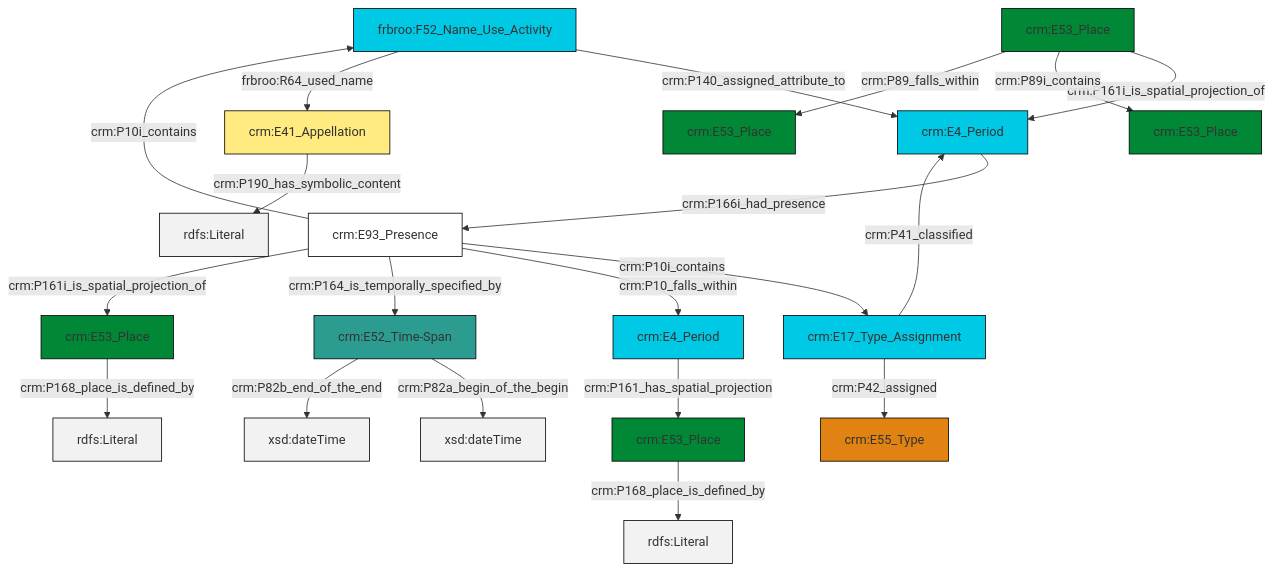
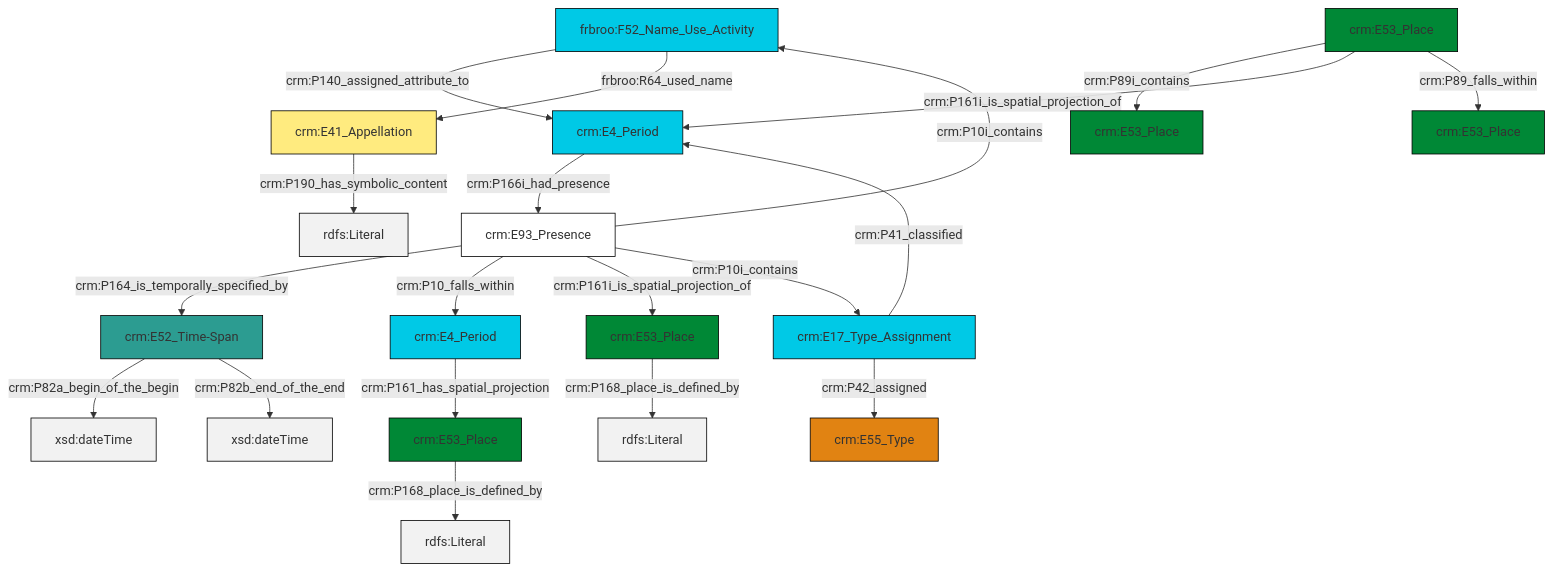
The diagram in et/placeCSV/ttl/mmd/place_parthood.ttl.mmd (swiss-art-research-net/reference-data-models), drawn with Mermaid before and after one commit. The commit also changed 127 other files, not shown here.

```diff
--- a/et/placeCSV/ttl/mmd/place_parthood.ttl.mmd
+++ b/et/placeCSV/ttl/mmd/place_parthood.ttl.mmd
@@ -1,34 +1,34 @@
 graph TD
 classDef Literal fill:#f2f2f2,stroke:#000000;
 classDef CRM_Entity fill:#FFFFFF,stroke:#000000;
 classDef Temporal_Entity fill:#00C9E6, stroke:#000000;
 classDef Type fill:#E18312, stroke:#000000;
 classDef Time-Span fill:#2C9C91, stroke:#000000;
 classDef Appellation fill:#FFEB7F, stroke:#000000;
 classDef Place fill:#008836, stroke:#000000;
 classDef Persistent_Item fill:#B266B2, stroke:#000000;
 classDef Conceptual_Object fill:#FFD700, stroke:#000000;
 classDef Physical_Thing fill:#D2B48C, stroke:#000000;
 classDef Actor fill:#f58aad, stroke:#000000;
 classDef PC_Classes fill:#4ce600, stroke:#000000;
 classDef Multi fill:#cccccc,stroke:#000000;
 
-2["crm:E4_Period"]:::Temporal_Entity -->|crm:P166i_had_presence| 3["crm:E93_Presence"]:::CRM_Entity
-4["crm:E41_Appellation"]:::Appellation -->|crm:P190_has_symbolic_content| 5[rdfs:Literal]:::Literal
-3["crm:E93_Presence"]:::CRM_Entity -->|crm:P10i_contains| 10["crm:E17_Type_Assignment"]:::Temporal_Entity
-3["crm:E93_Presence"]:::CRM_Entity -->|crm:P10_falls_within| 13["crm:E4_Period"]:::Temporal_Entity
-0["frbroo:F52_Name_Use_Activity"]:::Temporal_Entity -->|crm:P140_assigned_attribute_to| 2["crm:E4_Period"]:::Temporal_Entity
-3["crm:E93_Presence"]:::CRM_Entity -->|crm:P164_is_temporally_specified_by| 15["crm:E52_Time-Span"]:::Time-Span
-10["crm:E17_Type_Assignment"]:::Temporal_Entity -->|crm:P42_assigned| 16["crm:E55_Type"]:::Type
-13["crm:E4_Period"]:::Temporal_Entity -->|crm:P161_has_spatial_projection| 8["crm:E53_Place"]:::Place
-8["crm:E53_Place"]:::Place -->|crm:P168_place_is_defined_by| 19[rdfs:Literal]:::Literal
-20["crm:E53_Place"]:::Place -->|crm:P161i_is_spatial_projection_of| 2["crm:E4_Period"]:::Temporal_Entity
-3["crm:E93_Presence"]:::CRM_Entity -->|crm:P161i_is_spatial_projection_of| 22["crm:E53_Place"]:::Place
-0["frbroo:F52_Name_Use_Activity"]:::Temporal_Entity -->|frbroo:R64_used_name| 4["crm:E41_Appellation"]:::Appellation
-10["crm:E17_Type_Assignment"]:::Temporal_Entity -->|crm:P41_classified| 2["crm:E4_Period"]:::Temporal_Entity
-20["crm:E53_Place"]:::Place -->|crm:P89i_contains| 11["crm:E53_Place"]:::Place
-15["crm:E52_Time-Span"]:::Time-Span -->|crm:P82a_begin_of_the_begin| 24[xsd:dateTime]:::Literal
-20["crm:E53_Place"]:::Place -->|crm:P89_falls_within| 6["crm:E53_Place"]:::Place
-22["crm:E53_Place"]:::Place -->|crm:P168_place_is_defined_by| 29[rdfs:Literal]:::Literal
-15["crm:E52_Time-Span"]:::Time-Span -->|crm:P82b_end_of_the_end| 30[xsd:dateTime]:::Literal
-3["crm:E93_Presence"]:::CRM_Entity -->|crm:P10i_contains| 0["frbroo:F52_Name_Use_Activity"]:::Temporal_Entity
+4["crm:E4_Period"]:::Temporal_Entity -->|crm:P161_has_spatial_projection| 5["crm:E53_Place"]:::Place
+8["crm:E93_Presence"]:::CRM_Entity -->|crm:P10i_contains| 2["frbroo:F52_Name_Use_Activity"]:::Temporal_Entity
+9["crm:E53_Place"]:::Place -->|crm:P168_place_is_defined_by| 10[rdfs:Literal]:::Literal
+8["crm:E93_Presence"]:::CRM_Entity -->|crm:P164_is_temporally_specified_by| 11["crm:E52_Time-Span"]:::Time-Span
+12["crm:E4_Period"]:::Temporal_Entity -->|crm:P166i_had_presence| 8["crm:E93_Presence"]:::CRM_Entity
+14["crm:E53_Place"]:::Place -->|crm:P89i_contains| 16["crm:E53_Place"]:::Place
+0["crm:E41_Appellation"]:::Appellation -->|crm:P190_has_symbolic_content| 21[rdfs:Literal]:::Literal
+11["crm:E52_Time-Span"]:::Time-Span -->|crm:P82a_begin_of_the_begin| 23[xsd:dateTime]:::Literal
+8["crm:E93_Presence"]:::CRM_Entity -->|crm:P10_falls_within| 4["crm:E4_Period"]:::Temporal_Entity
+2["frbroo:F52_Name_Use_Activity"]:::Temporal_Entity -->|crm:P140_assigned_attribute_to| 12["crm:E4_Period"]:::Temporal_Entity
+24["crm:E17_Type_Assignment"]:::Temporal_Entity -->|crm:P41_classified| 12["crm:E4_Period"]:::Temporal_Entity
+2["frbroo:F52_Name_Use_Activity"]:::Temporal_Entity -->|frbroo:R64_used_name| 0["crm:E41_Appellation"]:::Appellation
+14["crm:E53_Place"]:::Place -->|crm:P161i_is_spatial_projection_of| 12["crm:E4_Period"]:::Temporal_Entity
+11["crm:E52_Time-Span"]:::Time-Span -->|crm:P82b_end_of_the_end| 27[xsd:dateTime]:::Literal
+14["crm:E53_Place"]:::Place -->|crm:P89_falls_within| 6["crm:E53_Place"]:::Place
+8["crm:E93_Presence"]:::CRM_Entity -->|crm:P161i_is_spatial_projection_of| 9["crm:E53_Place"]:::Place
+5["crm:E53_Place"]:::Place -->|crm:P168_place_is_defined_by| 30[rdfs:Literal]:::Literal
+24["crm:E17_Type_Assignment"]:::Temporal_Entity -->|crm:P42_assigned| 28["crm:E55_Type"]:::Type
+8["crm:E93_Presence"]:::CRM_Entity -->|crm:P10i_contains| 24["crm:E17_Type_Assignment"]:::Temporal_Entity
```
